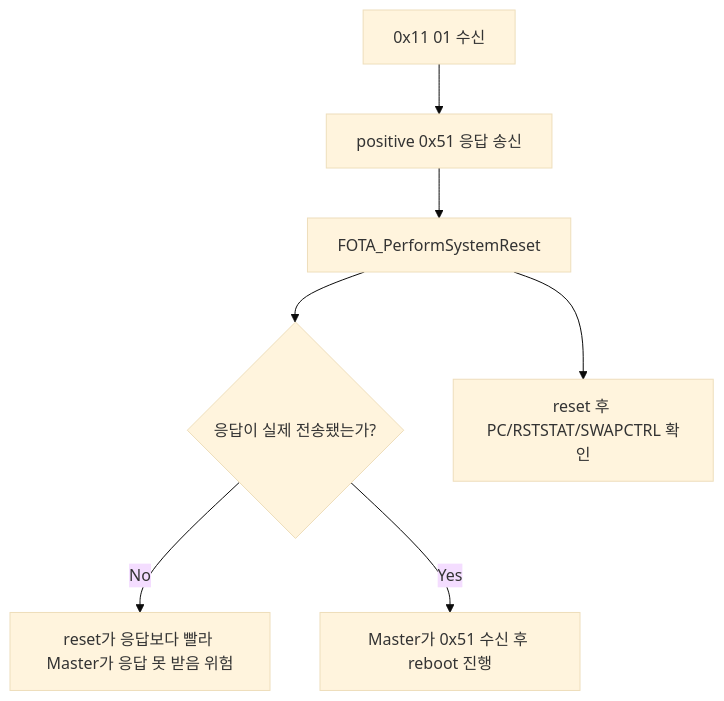
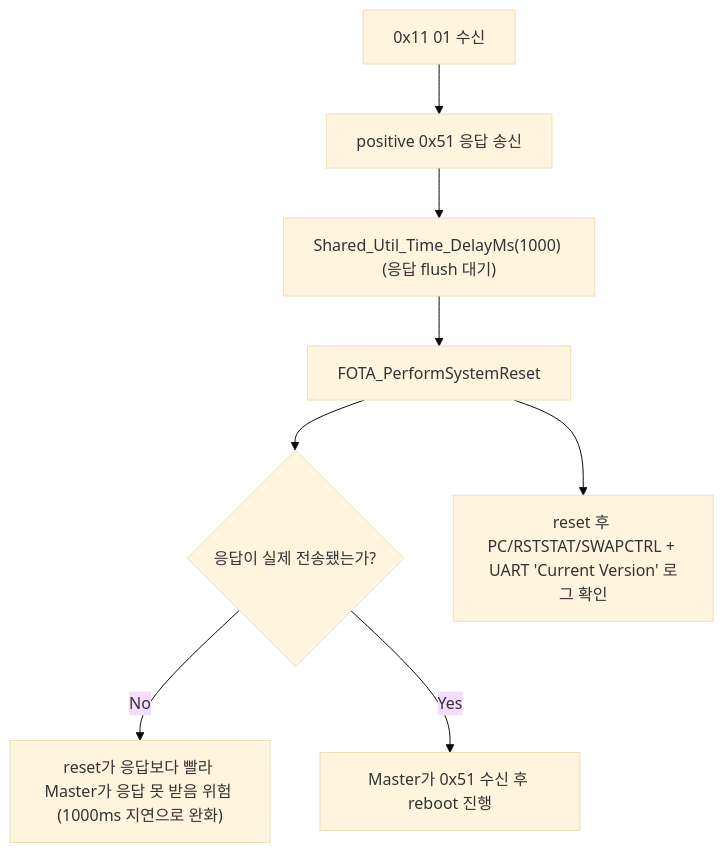
One commit to kdt-fibonacci/fota-reprogramming changed the fourth of 4 diagrams in docs/20_debugging_notes.md. Above: the diagram before and after it, drawn with Mermaid (base theme). The commit also changed other lines of this file and 8 other files, not shown here.

````diff
--- a/docs/20_debugging_notes.md
+++ b/docs/20_debugging_notes.md
@@ -91,9 +91,10 @@
 ```mermaid
 flowchart TD
     A["0x11 01 수신"] --> B["positive 0x51 응답 송신"]
-    B --> C["FOTA_PerformSystemReset"]
+    B --> DLY["Shared_Util_Time_DelayMs(1000) (응답 flush 대기)"]
+    DLY --> C["FOTA_PerformSystemReset"]
     C --> D{"응답이 실제 전송됐는가?"}
-    D -- No --> E["reset가 응답보다 빨라 Master가 응답 못 받음 위험"]
+    D -- No --> E["reset가 응답보다 빨라 Master가 응답 못 받음 위험 (1000ms 지연으로 완화)"]
     D -- Yes --> F["Master가 0x51 수신 후 reboot 진행"]
-    C --> G["reset 후 PC/RSTSTAT/SWAPCTRL 확인"]
+    C --> G["reset 후 PC/RSTSTAT/SWAPCTRL + UART 'Current Version' 로그 확인"]
 ```
````
